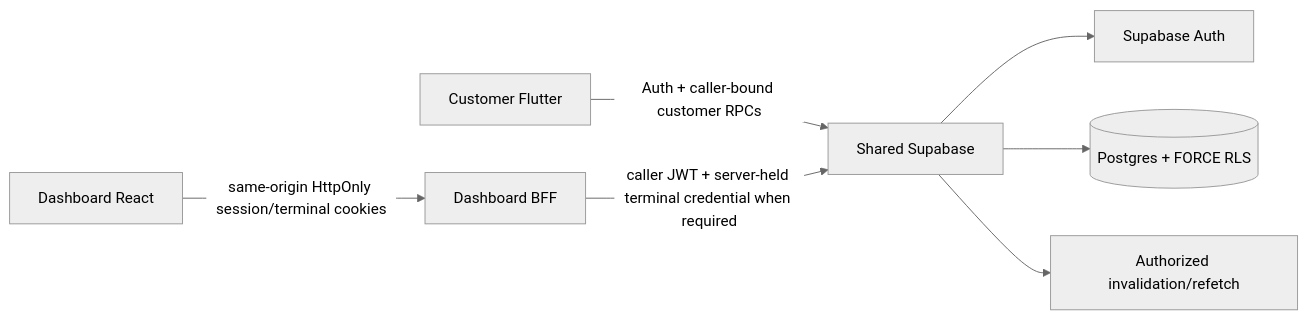
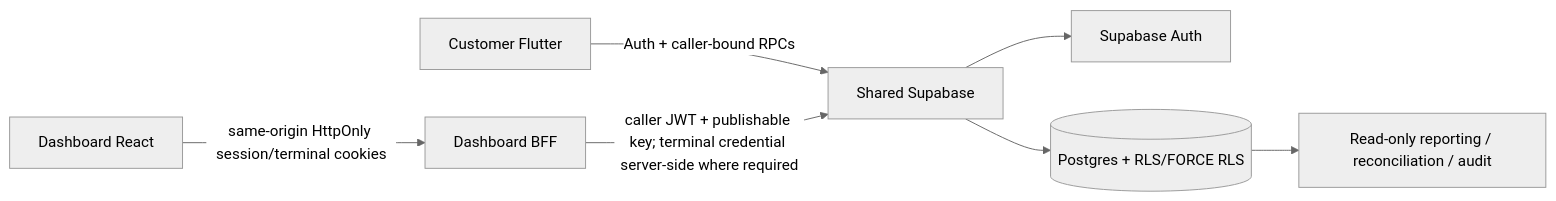
The diagram in docs/context/ARCHITECTURE.md (Hermann-33/Aida_System-Dashboard), drawn with Mermaid (neutral theme) before and after one commit. The commit also changed other lines of this file and 10 other files, not shown here.

````diff
--- a/docs/context/ARCHITECTURE.md
+++ b/docs/context/ARCHITECTURE.md
@@ -7,9 +7,9 @@
 ```mermaid
 flowchart LR
-  C[Customer Flutter] -->|Auth + caller-bound customer RPCs| S[Shared Supabase]
+  C[Customer Flutter] -->|Auth + caller-bound RPCs| S[Shared Supabase]
   D[Dashboard React] -->|same-origin HttpOnly session/terminal cookies| B[Dashboard BFF]
-  B -->|caller JWT + server-held terminal credential when required| S
+  B -->|caller JWT + publishable key; terminal credential server-side where required| S
   S --> A[Supabase Auth]
-  S --> P[(Postgres + FORCE RLS)]
-  S --> R[Authorized invalidation/refetch]
+  S --> P[(Postgres + RLS/FORCE RLS)]
+  P --> R[Read-only reporting / reconciliation / audit]
 ```
````
